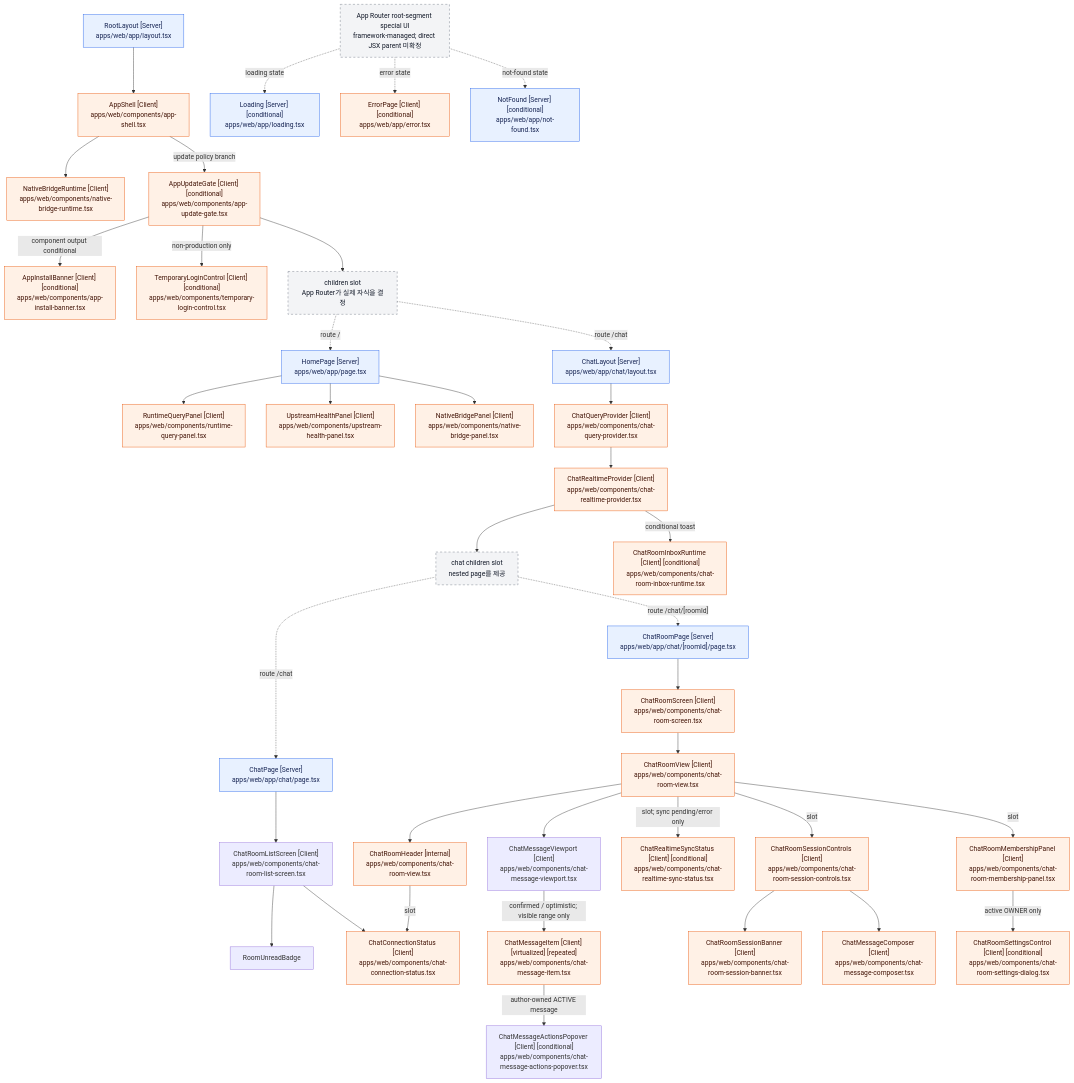
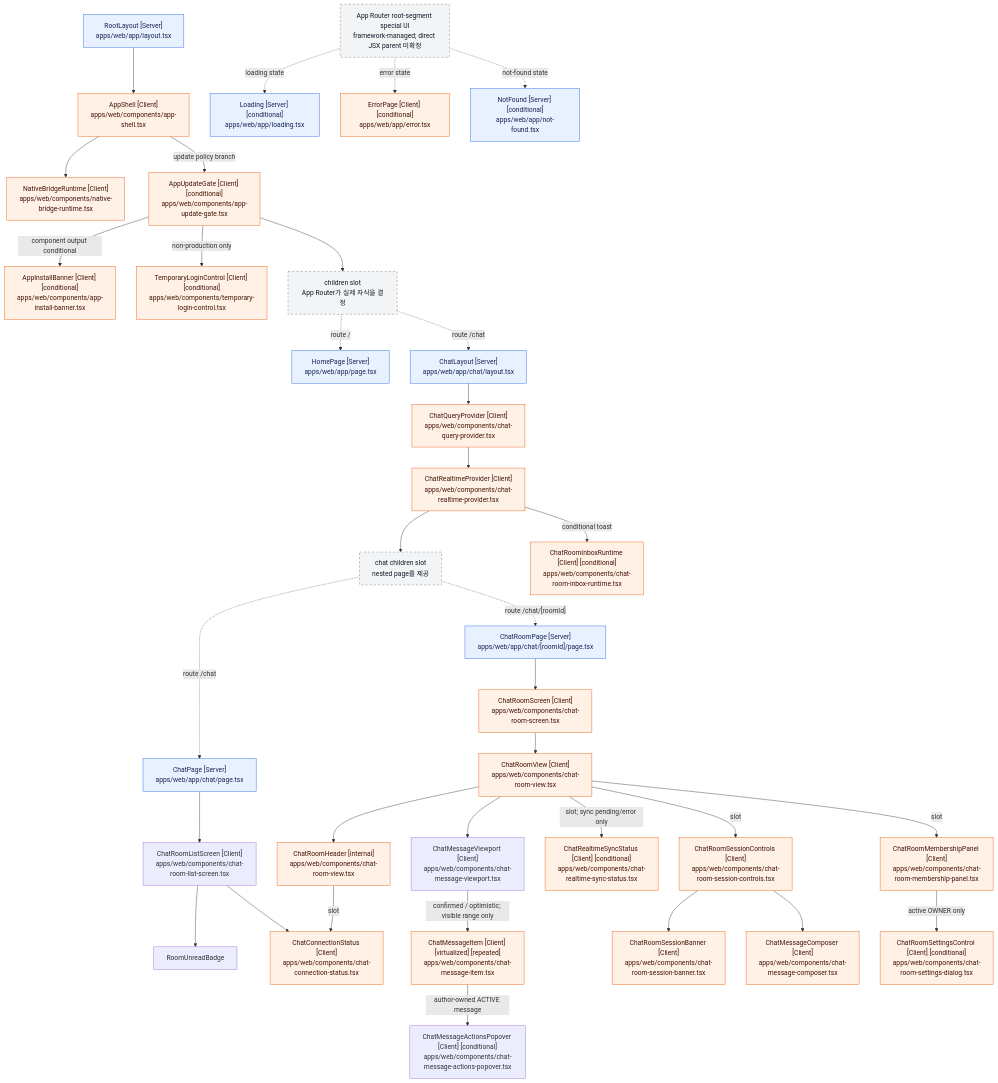
Before and after one commit to mokpombc17-coder/CIVIC-AI: the diagram in docs/architecture/react-component-tree.md, drawn with Mermaid. The commit also changed other lines of this file and 12 other files, not shown here.

Commit message:
refactor(web): remove starter home demos

````diff
--- a/docs/architecture/react-component-tree.md
+++ b/docs/architecture/react-component-tree.md
@@ -129,9 +126,6 @@
 
     HomePage["HomePage [Server]<br/>apps/web/app/page.tsx"]
     TemporaryLoginControl["TemporaryLoginControl [Client] [conditional]<br/>apps/web/components/temporary-login-control.tsx"]
-    RuntimeQueryPanel["RuntimeQueryPanel [Client]<br/>apps/web/components/runtime-query-panel.tsx"]
-    UpstreamHealthPanel["UpstreamHealthPanel [Client]<br/>apps/web/components/upstream-health-panel.tsx"]
-    NativeBridgePanel["NativeBridgePanel [Client]<br/>apps/web/components/native-bridge-panel.tsx"]
 
     ChatLayout["ChatLayout [Server]<br/>apps/web/app/chat/layout.tsx"]
     ChatQueryProvider["ChatQueryProvider [Client]<br/>apps/web/components/chat-query-provider.tsx"]
@@ -168,9 +162,6 @@
     AppUpdateGate --> ChildrenSlot
 
     ChildrenSlot -. "route /" .-> HomePage
-    HomePage --> RuntimeQueryPanel
-    HomePage --> UpstreamHealthPanel
-    HomePage --> NativeBridgePanel
 
     ChildrenSlot -. "route /chat" .-> ChatLayout
     ChatLayout --> ChatQueryProvider
@@ -205,6 +196,6 @@
     classDef framework fill:#f3f4f6,stroke:#6b7280,color:#111827,stroke-dasharray:5 5;
 
     class RootLayout,HomePage,ChatLayout,ChatPage,ChatRoomPage,Loading,NotFound server;
-    class AppShell,NativeBridgeRuntime,AppUpdateGate,AppInstallBanner,TemporaryLoginControl,RuntimeQueryPanel,UpstreamHealthPanel,NativeBridgePanel,ChatQueryProvider,ChatRealtimeProvider,ChatRoomInboxRuntime,ChatRoomScreen,ChatRoomView,ChatRoomHeader,ChatMessageHistory,ChatMessageList,ChatMessageItem,ChatConnectionStatus,ChatRealtimeSyncStatus,ChatRoomSessionControls,ChatRoomSessionBanner,ChatMessageComposer,ChatRoomMembershipPanel,ChatRoomSettingsControl,ErrorPage client;
+    class AppShell,NativeBridgeRuntime,AppUpdateGate,AppInstallBanner,TemporaryLoginControl,ChatQueryProvider,ChatRealtimeProvider,ChatRoomInboxRuntime,ChatRoomScreen,ChatRoomView,ChatRoomHeader,ChatMessageHistory,ChatMessageList,ChatMessageItem,ChatConnectionStatus,ChatRealtimeSyncStatus,ChatRoomSessionControls,ChatRoomSessionBanner,ChatMessageComposer,ChatRoomMembershipPanel,ChatRoomSettingsControl,ErrorPage client;
     class ChildrenSlot,ChatChildrenSlot,SpecialBoundary framework;
 ```
````
